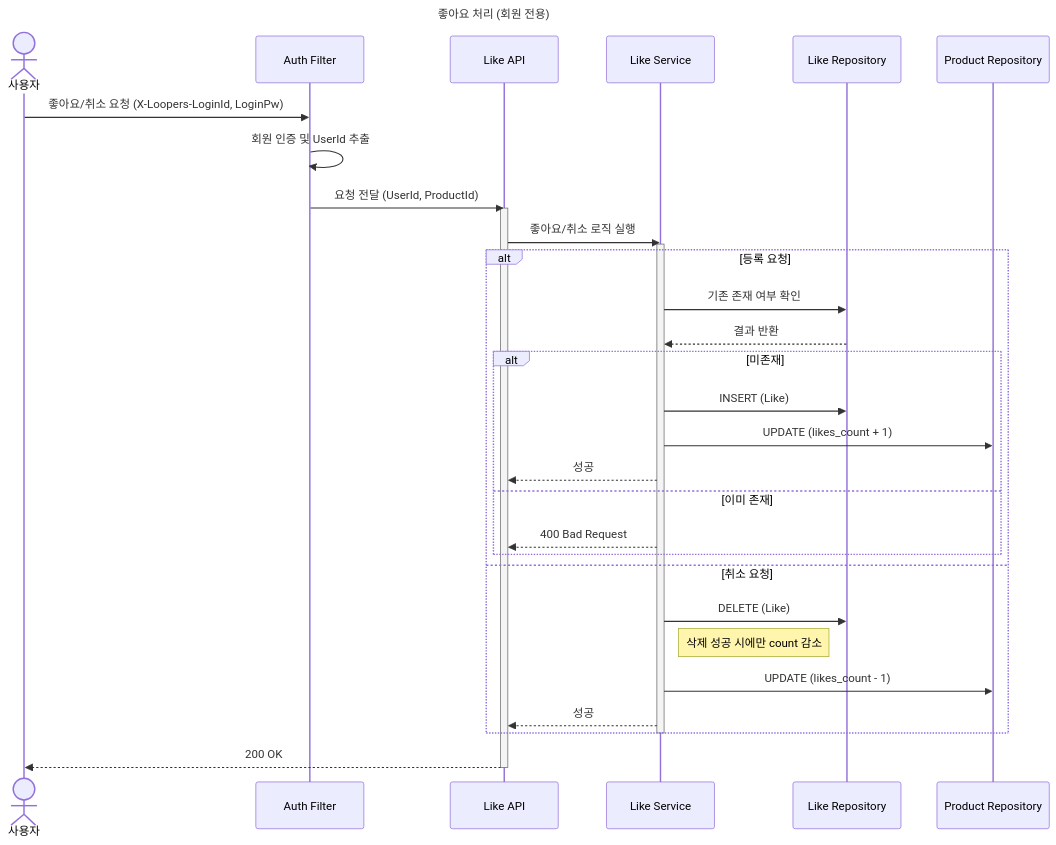
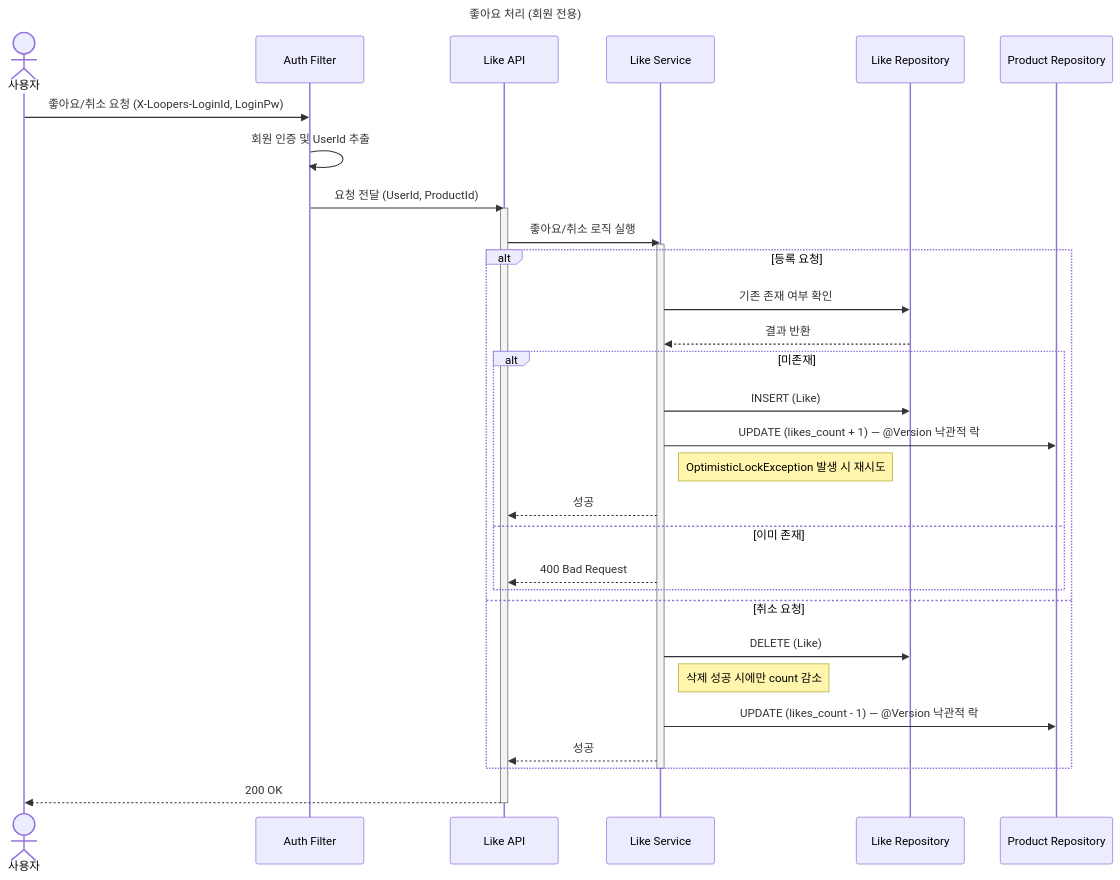
One commit to hyejin0810/loop-pack-be-l2-vol3-java changed the first of 3 diagrams in docs/design/02-sequence-diagrams.md. Above: the diagram before and after it, drawn with Mermaid. The commit also changed other lines of this file and 3 other files, not shown here.

````diff
--- a/docs/design/02-sequence-diagrams.md
+++ b/docs/design/02-sequence-diagrams.md
@@ -7,40 +7,41 @@
 ```mermaid
 sequenceDiagram
 title 좋아요 처리 (회원 전용)
 actor User as 사용자
 participant Auth as Auth Filter
 participant API as Like API
 participant Service as Like Service
 participant Repo as Like Repository
 participant ProdRepo as Product Repository
 
     User->>Auth: 좋아요/취소 요청 (X-Loopers-LoginId, LoginPw)
     Auth->>Auth: 회원 인증 및 UserId 추출
     Auth->>API: 요청 전달 (UserId, ProductId)
     
     activate API
     API->>Service: 좋아요/취소 로직 실행
     activate Service
     
     alt 등록 요청
         Service->>Repo: 기존 존재 여부 확인
         Repo-->>Service: 결과 반환
         alt 미존재
             Service->>Repo: INSERT (Like)
-            Service->>ProdRepo: UPDATE (likes_count + 1)
+            Service->>ProdRepo: UPDATE (likes_count + 1) — @Version 낙관적 락
+            Note right of Service: OptimisticLockException 발생 시 재시도
             Service-->>API: 성공
         else 이미 존재
             Service-->>API: 400 Bad Request
         end
     else 취소 요청
         Service->>Repo: DELETE (Like)
         Note right of Service: 삭제 성공 시에만 count 감소
-        Service->>ProdRepo: UPDATE (likes_count - 1)
+        Service->>ProdRepo: UPDATE (likes_count - 1) — @Version 낙관적 락
         Service-->>API: 성공
     end
     
     deactivate Service
     API-->>User: 200 OK
     deactivate API
     
  ```
````
